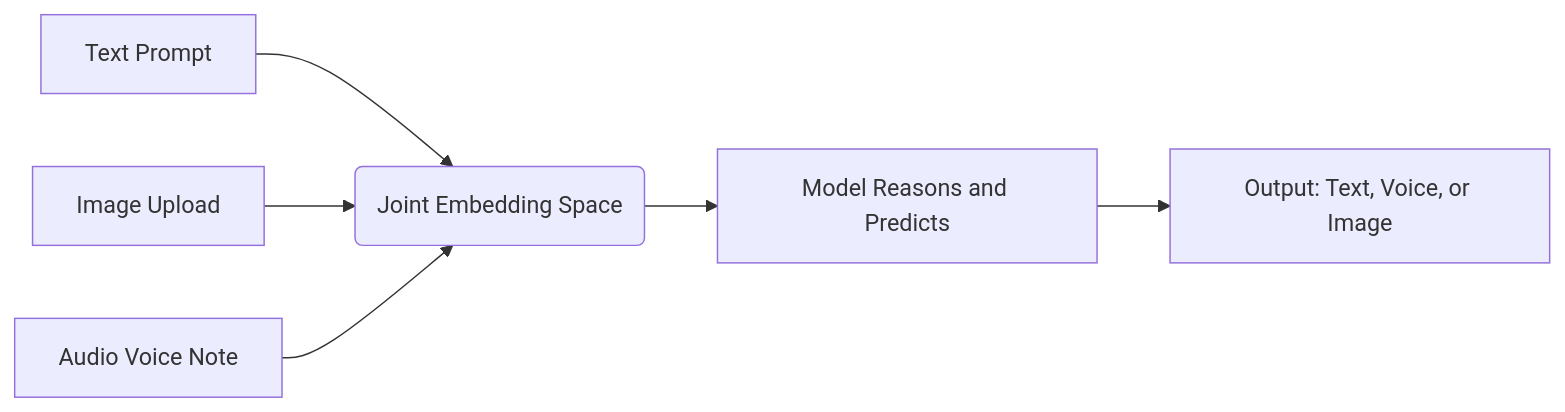
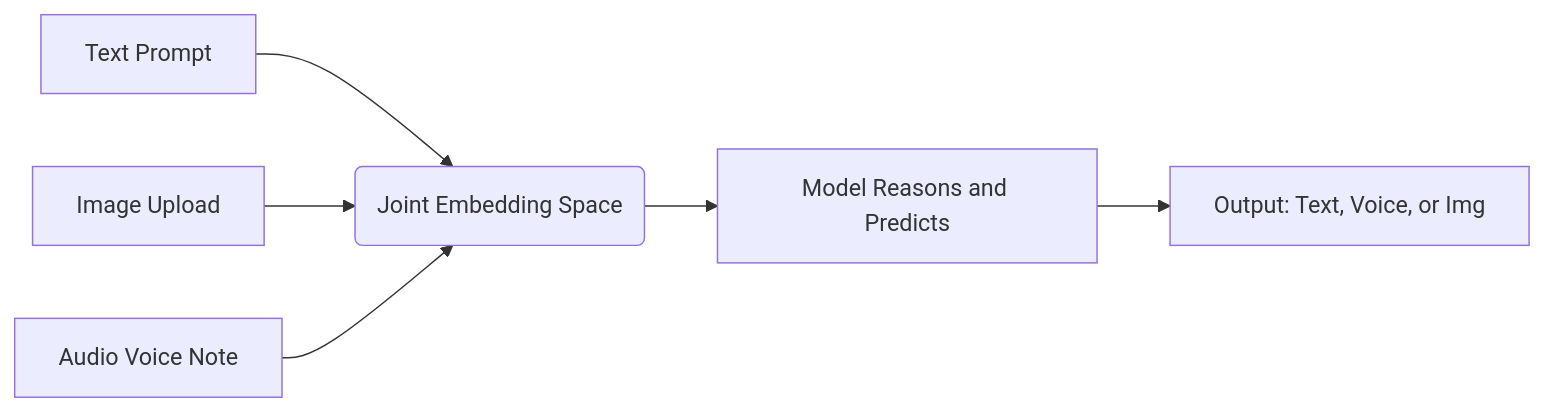
One commit to NamrataRev/AI_academy changed the diagram in Week4/3.Multimodal AI.md. Above: the diagram before and after it, drawn with Mermaid.

Commit message:
Update 3.Multimodal AI.md

````diff
--- a/Week4/3.Multimodal AI.md
+++ b/Week4/3.Multimodal AI.md
@@ -50,8 +50,8 @@
 ```mermaid
 flowchart LR
     A[Text Prompt] --> D(Joint Embedding Space)
     B[Image Upload] --> D
     C[Audio Voice Note] --> D
     D --> E[Model Reasons and Predicts]
-    E --> F[Output: Text, Voice, or Image]
+    E --> F[Output: Text, Voice, or Img]
 ```
````
